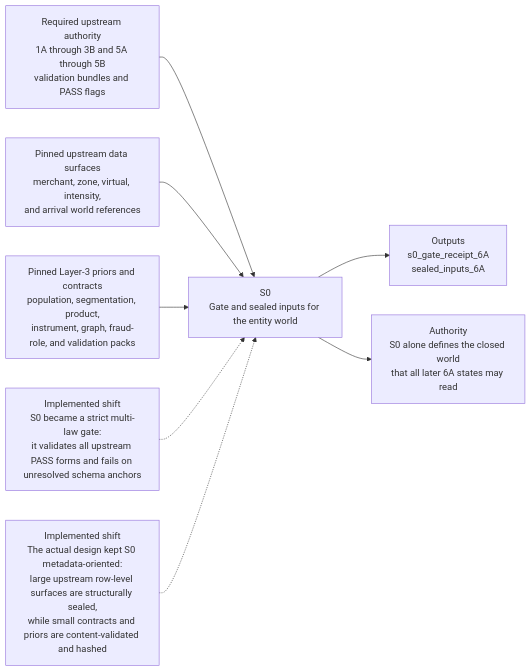
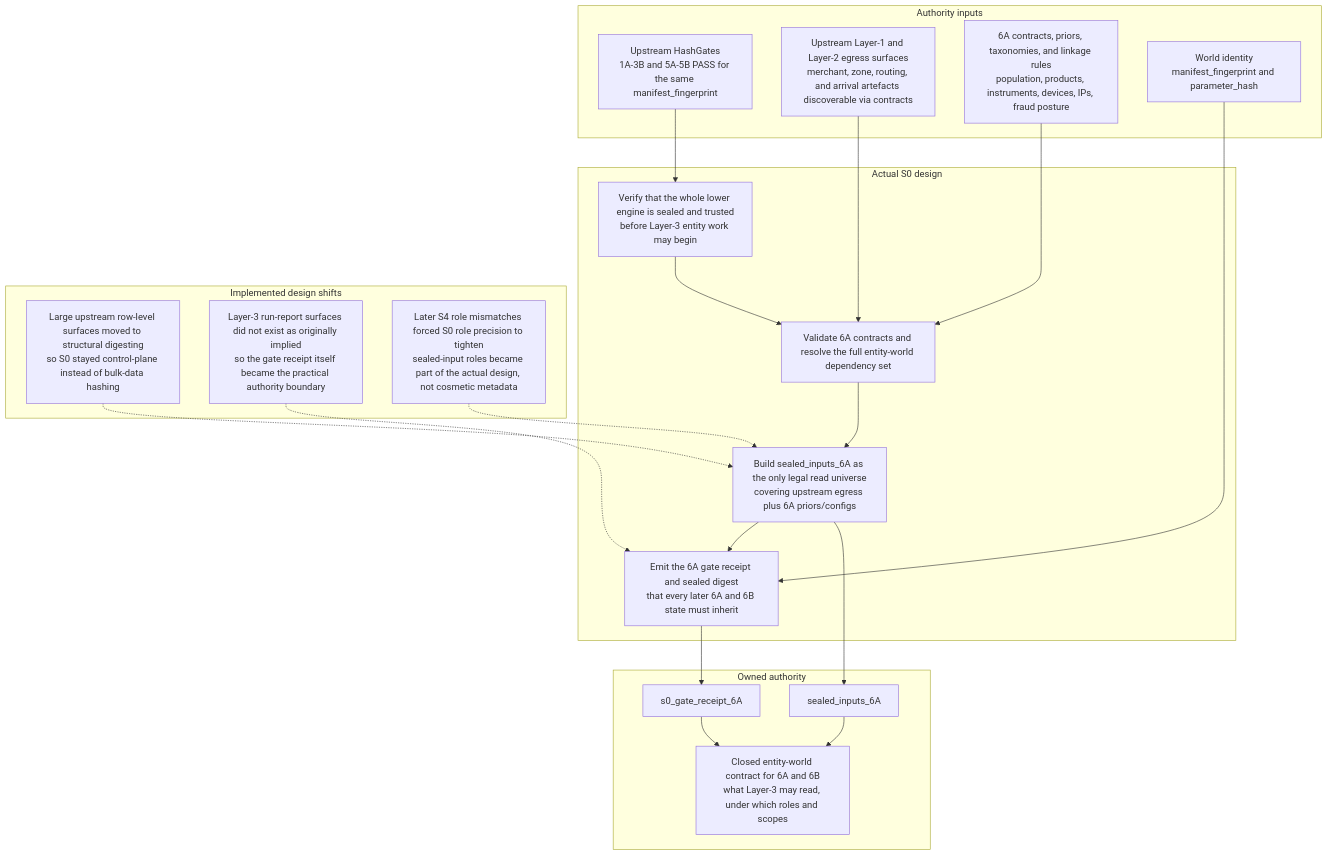
One commit to EsosaOrumwese/fraud-detection-system changed the diagram in docs/design/data-engine/layer-3/6A/6A-S0-design-flow.mmd. Above: the diagram before and after it, drawn with Mermaid. The commit also changed 23 other files, not shown here.

First line of the commit message:
Refactor design flows for layers 6A and 6B to enhance clarity and structure

```diff
--- a/docs/design/data-engine/layer-3/6A/6A-S0-design-flow.mmd
+++ b/docs/design/data-engine/layer-3/6A/6A-S0-design-flow.mmd
@@ -1,20 +1,41 @@
-flowchart LR
-  U1["Required upstream authority<br/>1A through 3B and 5A through 5B<br/>validation bundles and PASS flags"]
-  U2["Pinned upstream data surfaces<br/>merchant, zone, virtual, intensity,<br/>and arrival world references"]
-  U3["Pinned Layer-3 priors and contracts<br/>population, segmentation, product,<br/>instrument, graph, fraud-role, and validation packs"]
+flowchart TD
+  subgraph inputs["Authority inputs"]
+    I1["Upstream HashGates<br/>1A-3B and 5A-5B PASS for the same manifest_fingerprint"]
+    I2["Upstream Layer-1 and Layer-2 egress surfaces<br/>merchant, zone, routing, and arrival artefacts discoverable via contracts"]
+    I3["6A contracts, priors, taxonomies, and linkage rules<br/>population, products, instruments, devices, IPs, fraud posture"]
+    I4["World identity<br/>manifest_fingerprint and parameter_hash"]
+  end
 
-  S0["S0<br/>Gate and sealed inputs for the entity world"]
+  subgraph core["Actual S0 design"]
+    C1["Verify that the whole lower engine is sealed and trusted<br/>before Layer-3 entity work may begin"]
+    C2["Validate 6A contracts and resolve the full entity-world dependency set"]
+    C3["Build sealed_inputs_6A as the only legal read universe<br/>covering upstream egress plus 6A priors/configs"]
+    C4["Emit the 6A gate receipt and sealed digest<br/>that every later 6A and 6B state must inherit"]
+  end
 
-  O1["Outputs<br/>s0_gate_receipt_6A<br/>sealed_inputs_6A"]
-  O2["Authority<br/>S0 alone defines the closed world<br/>that all later 6A states may read"]
+  subgraph shifts["Implemented design shifts"]
+    S1["Large upstream row-level surfaces moved to structural digesting<br/>so S0 stayed control-plane instead of bulk-data hashing"]
+    S2["Layer-3 run-report surfaces did not exist as originally implied<br/>so the gate receipt itself became the practical authority boundary"]
+    S3["Later S4 role mismatches forced S0 role precision to tighten<br/>sealed-input roles became part of the actual design, not cosmetic metadata"]
+  end
 
-  R1["Implemented shift<br/>S0 became a strict multi-law gate:<br/>it validates all upstream PASS forms and fails on unresolved schema anchors"]
-  R2["Implemented shift<br/>The actual design kept S0 metadata-oriented:<br/>large upstream row-level surfaces are structurally sealed,<br/>while small contracts and priors are content-validated and hashed"]
+  subgraph outputs["Owned authority"]
+    O1["sealed_inputs_6A"]
+    O2["s0_gate_receipt_6A"]
+    O3["Closed entity-world contract for 6A and 6B<br/>what Layer-3 may read, under which roles and scopes"]
+  end
 
-  U1 --> S0
-  U2 --> S0
-  U3 --> S0
-  S0 --> O1
-  S0 --> O2
-  R1 -.-> S0
-  R2 -.-> S0
+  I1 --> C1
+  I2 --> C2
+  I3 --> C2
+  I4 --> C4
+  C1 --> C2 --> C3 --> C4
+
+  C3 --> O1
+  C4 --> O2
+  O1 --> O3
+  O2 --> O3
+
+  S1 -.-> C3
+  S2 -.-> C4
+  S3 -.-> C3
```
